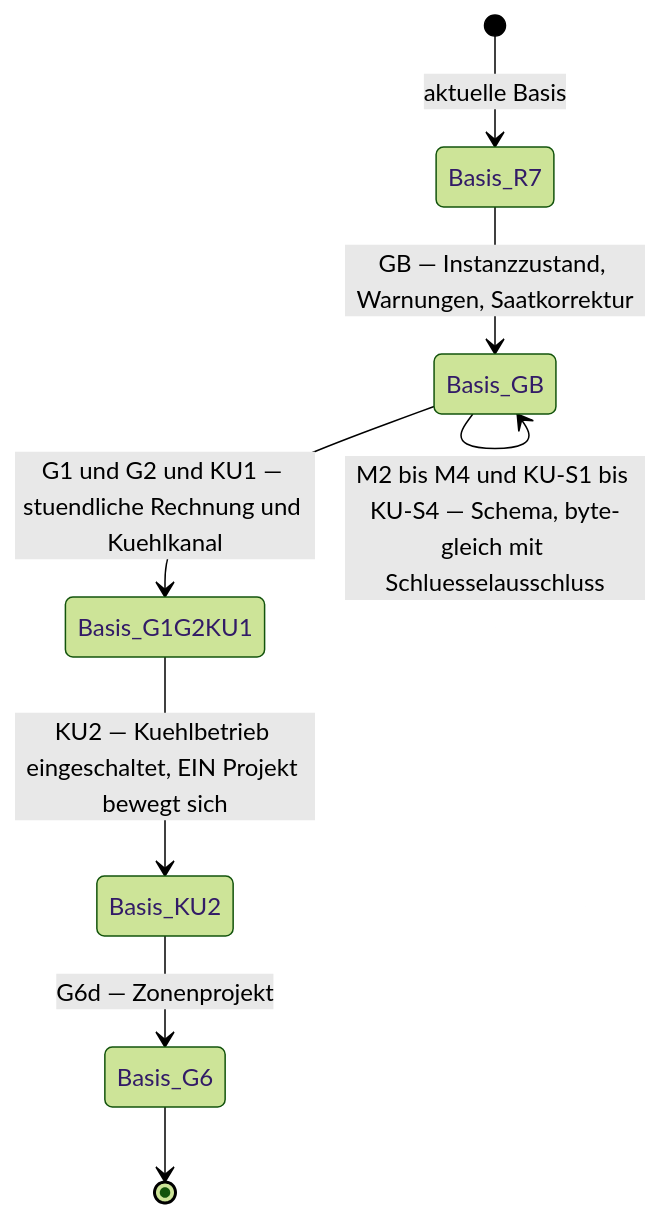
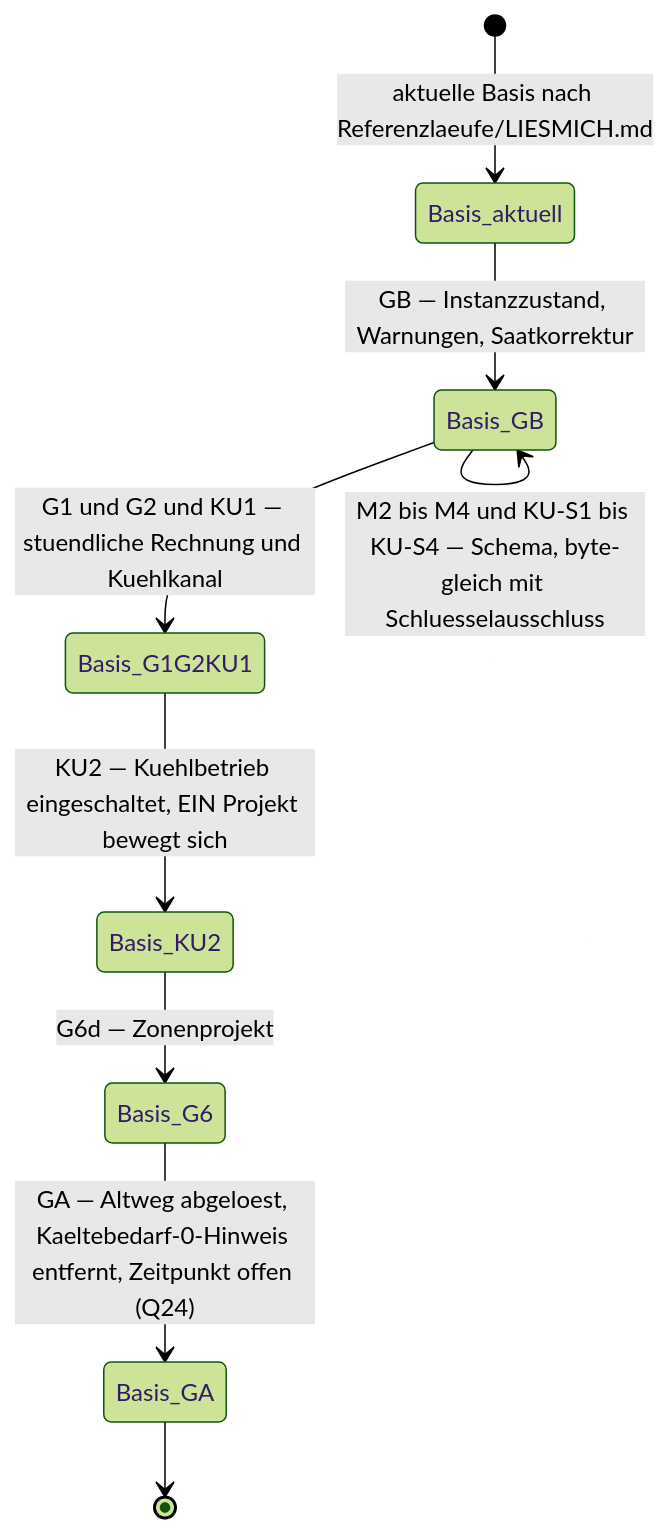
The fourth of 4 diagrams in Dokumentation/aktuell/Konzept_Kuehlung_Gebaeudesimulation_EPOS-Plan.md (inekon/EPOS-Plan), drawn with Mermaid (forest theme) before and after one commit. The commit also changed other lines of this file and 15 other files, not shown here.

````diff
--- a/Dokumentation/aktuell/Konzept_Kuehlung_Gebaeudesimulation_EPOS-Plan.md
+++ b/Dokumentation/aktuell/Konzept_Kuehlung_Gebaeudesimulation_EPOS-Plan.md
@@ -1982,10 +2079,11 @@
 ```mermaid
 stateDiagram-v2
-  [*] --> Basis_R7 : aktuelle Basis
-  Basis_R7 --> Basis_GB : GB — Instanzzustand, Warnungen, Saatkorrektur
+  [*] --> Basis_aktuell : aktuelle Basis nach Referenzlaeufe/LIESMICH.md
+  Basis_aktuell --> Basis_GB : GB — Instanzzustand, Warnungen, Saatkorrektur
   Basis_GB --> Basis_GB : M2 bis M4 und KU-S1 bis KU-S4 — Schema, byte-gleich mit Schluesselausschluss
   Basis_GB --> Basis_G1G2KU1 : G1 und G2 und KU1 — stuendliche Rechnung und Kuehlkanal
   Basis_G1G2KU1 --> Basis_KU2 : KU2 — Kuehlbetrieb eingeschaltet, EIN Projekt bewegt sich
   Basis_KU2 --> Basis_G6 : G6d — Zonenprojekt
-  Basis_G6 --> [*]
+  Basis_G6 --> Basis_GA : GA — Altweg abgeloest, Kaeltebedarf-0-Hinweis entfernt, Zeitpunkt offen (Q24)
+  Basis_GA --> [*]
 ```
````
